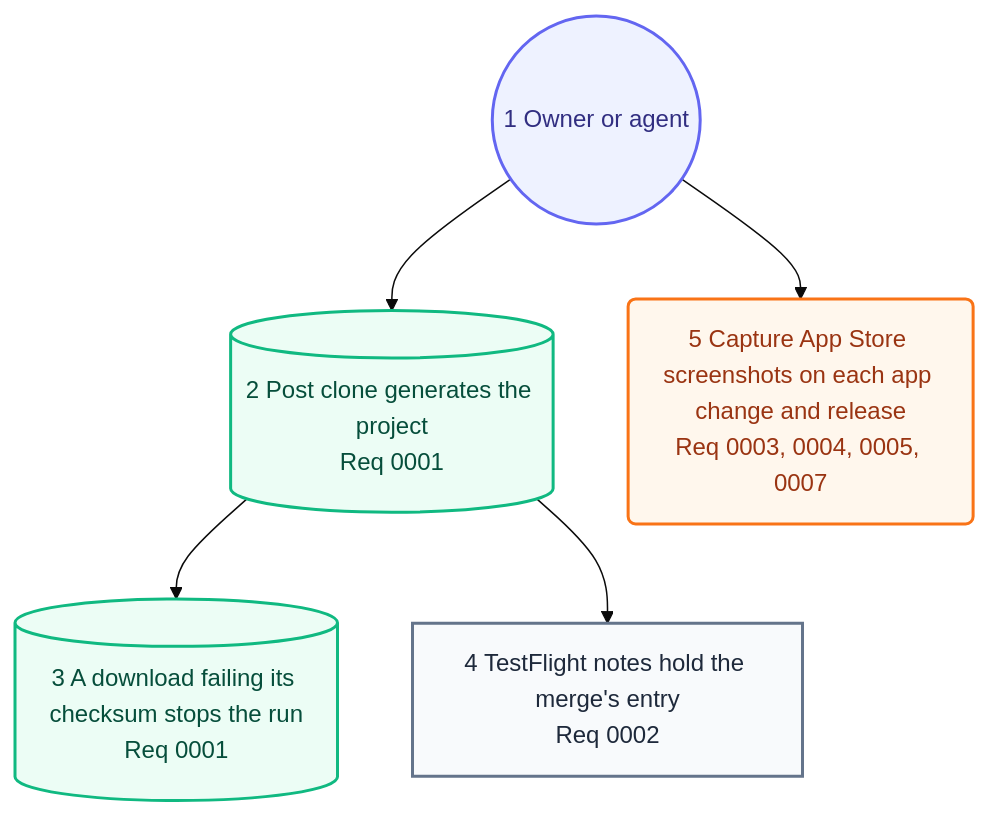
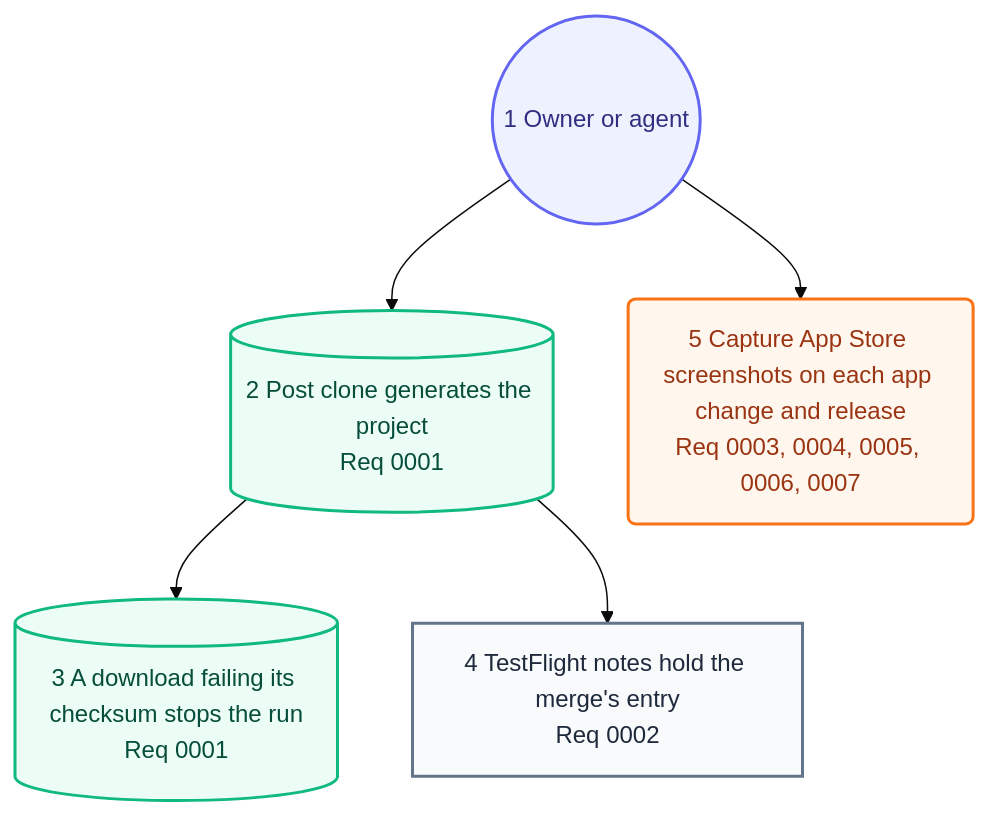
One commit to may-journal/xcode-tooling changed the second of 2 diagrams in docs/architecture/05-user-journey.md. Above: the diagram before and after it, drawn with Mermaid (base theme). The commit also changed 5 other files, not shown here.

````diff
--- a/docs/architecture/05-user-journey.md
+++ b/docs/architecture/05-user-journey.md
@@ -32,18 +32,18 @@
 ```mermaid
 flowchart TB
     owner((1 Owner or agent)):::persona
     clone[(2 Post clone generates the project<br/>Req 0001)]:::system
     mismatch[(3 A download failing its checksum stops the run<br/>Req 0001)]:::system
     notes[4 TestFlight notes hold the merge's entry<br/>Req 0002]:::screen
-    shots(5 Capture App Store screenshots on each app change and release<br/>Req 0003, 0004, 0005, 0007):::action
+    shots(5 Capture App Store screenshots on each app change and release<br/>Req 0003, 0004, 0005, 0006, 0007):::action
 
     owner --> clone
     clone --> mismatch
     clone --> notes
     owner --> shots
 
     classDef persona fill:#eef2ff,stroke:#6366f1,color:#312e81,stroke-width:2px
     classDef screen fill:#f8fafc,stroke:#64748b,color:#1e293b,stroke-width:2px
     classDef action fill:#fff7ed,stroke:#f97316,color:#9a3412,stroke-width:2px
     classDef system fill:#ecfdf5,stroke:#10b981,color:#064e3b,stroke-width:2px
 ```
````
